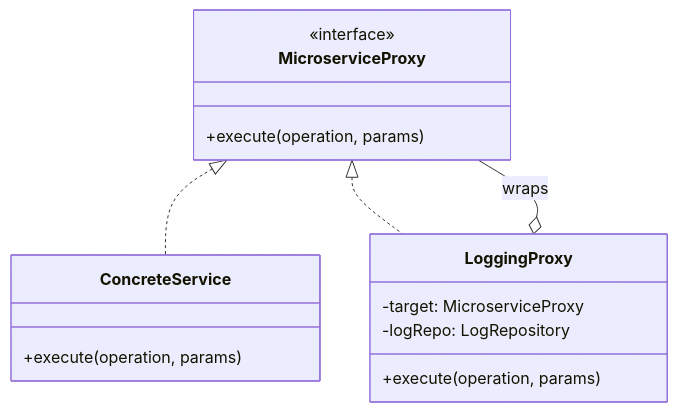
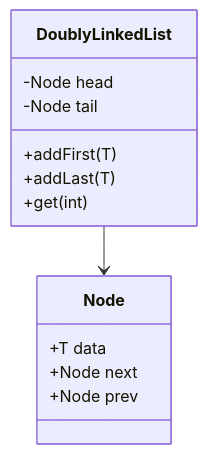
The diagram in README.md (itsGabo22/ProxyBackend), drawn with Mermaid before and after one commit. The commit also changed other lines of this file and 4 other files, not shown here.

````diff
--- a/README.md
+++ b/README.md
@@ -8,19 +16,16 @@
 ```mermaid
 classDiagram
-    class MicroserviceProxy {
-        <<interface>>
-        +execute(operation, params)
+    class Node {
+        +T data
+        +Node next
+        +Node prev
     }
-    class ConcreteService {
-        +execute(operation, params)
+    class DoublyLinkedList {
+        -Node head
+        -Node tail
+        +addFirst(T)
+        +addLast(T)
+        +get(int)
     }
-    class LoggingProxy {
-        -target: MicroserviceProxy
-        -logRepo: LogRepository
-        +execute(operation, params)
-    }
-    
-    MicroserviceProxy <|.. ConcreteService
-    MicroserviceProxy <|.. LoggingProxy
-    LoggingProxy o-- MicroserviceProxy : wraps
+    DoublyLinkedList --> Node
 ```
````
